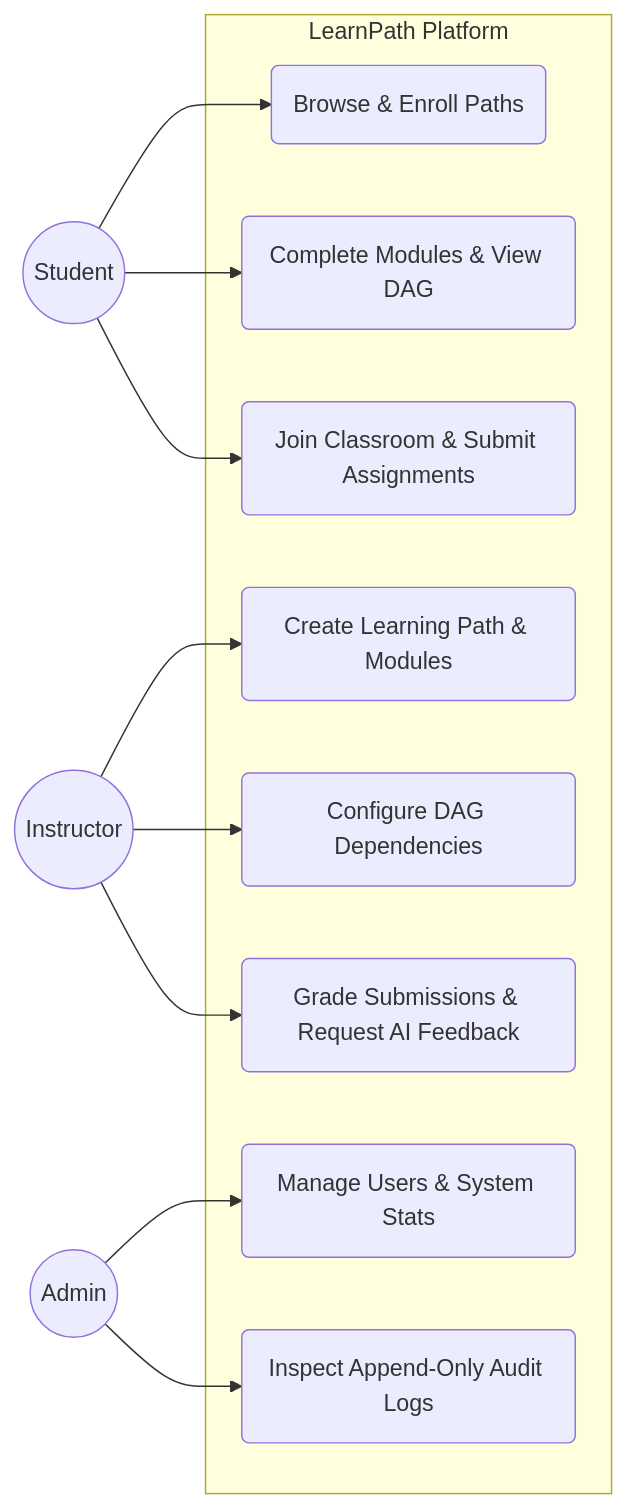
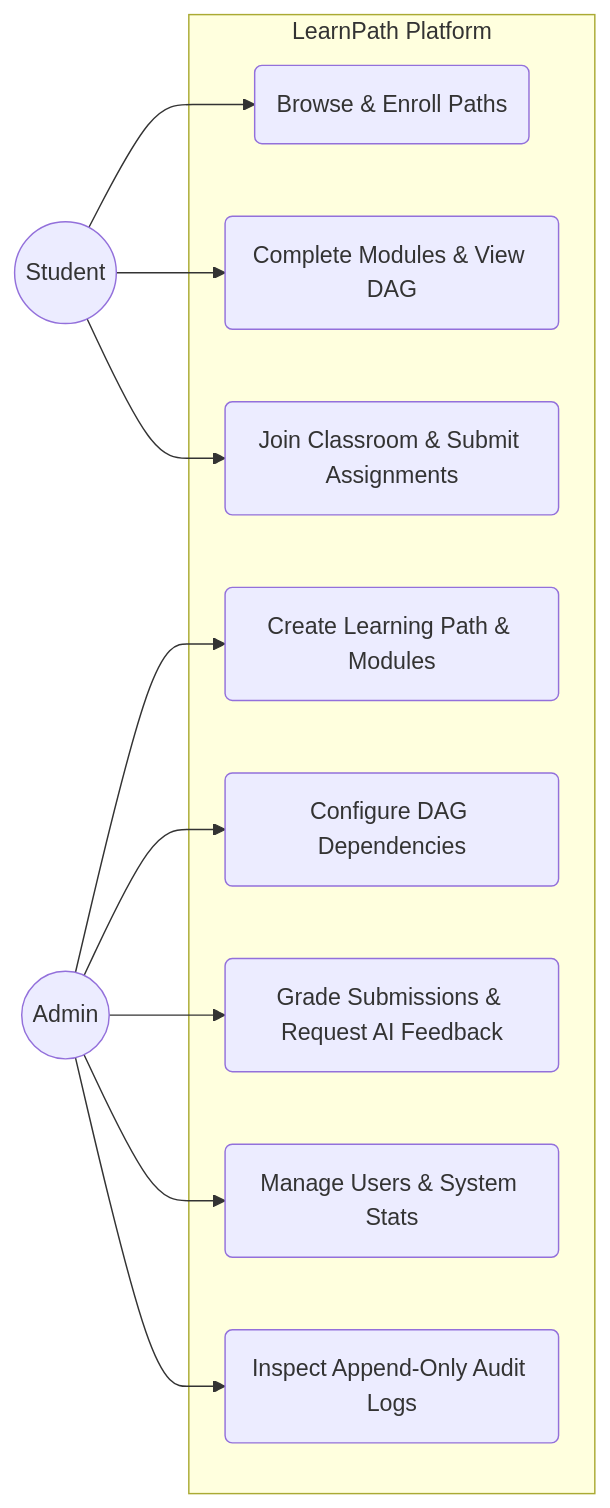
One commit to ShardulATemkar96/LearnPath changed the third of 9 diagrams in PROJECT_ANALYSIS.md. Above: the diagram before and after it, drawn with Mermaid. The commit also changed other lines of this file and 76 other files, not shown here.

````diff
--- a/PROJECT_ANALYSIS.md
+++ b/PROJECT_ANALYSIS.md
@@ -708,28 +712,28 @@
 ```mermaid
 graph LR
     Student((Student))
-    Instructor((Instructor))
+    Admin((Admin))
     Admin((Admin))
 
     subgraph Platform [LearnPath Platform]
         UC1(Browse & Enroll Paths)
         UC2(Complete Modules & View DAG)
         UC3(Join Classroom & Submit Assignments)
         UC4(Create Learning Path & Modules)
         UC5(Configure DAG Dependencies)
         UC6(Grade Submissions & Request AI Feedback)
         UC7(Manage Users & System Stats)
         UC8(Inspect Append-Only Audit Logs)
     end
 
     Student --> UC1
     Student --> UC2
     Student --> UC3
 
-    Instructor --> UC4
-    Instructor --> UC5
-    Instructor --> UC6
+    Admin --> UC4
+    Admin --> UC5
+    Admin --> UC6
 
     Admin --> UC7
     Admin --> UC8
 ```
````
